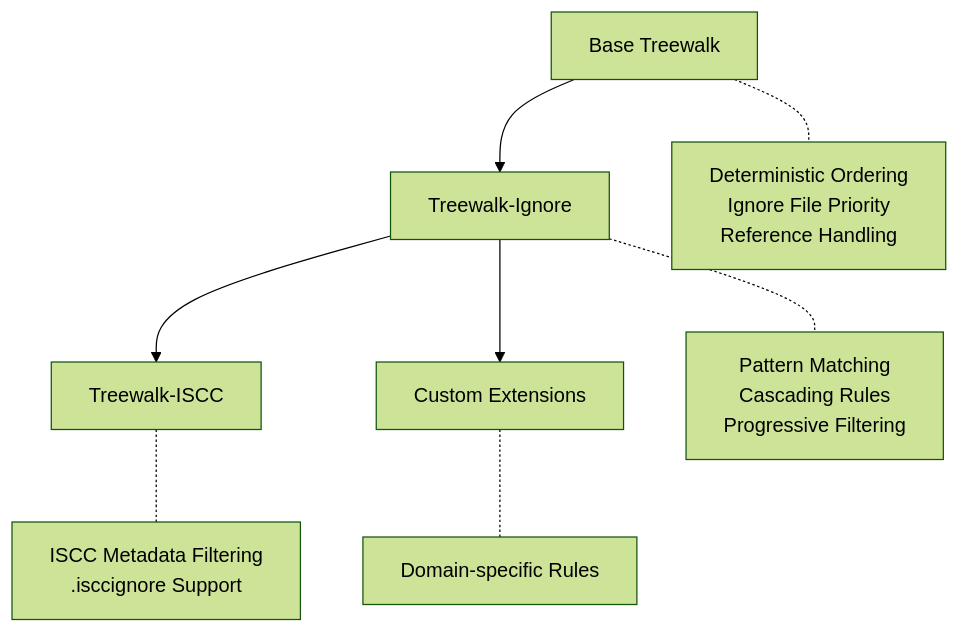
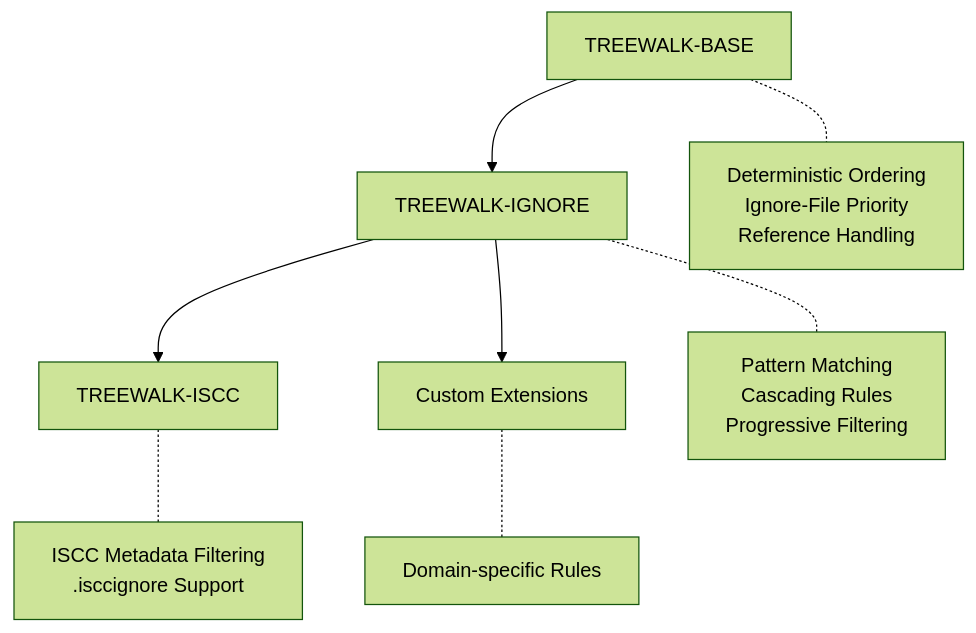
Before and after one commit to etzm/iscc-sum: the diagram in docs/specifications/treewalk.md, drawn with Mermaid (forest theme). The commit also changed other lines of this file and 10 other files, not shown here.

````diff
--- a/docs/specifications/treewalk.md
+++ b/docs/specifications/treewalk.md
@@ -120,11 +86,11 @@
 ```mermaid
 graph TD
-    A[Base Treewalk] --> B[Treewalk-Ignore]
-    B --> C[Treewalk-ISCC]
+    A[TREEWALK-BASE] --> B[TREEWALK-IGNORE]
+    B --> C[TREEWALK-ISCC]
     B --> D[Custom Extensions]
     
-    A -.- E[Deterministic Ordering<br/>Ignore File Priority<br/>Reference Handling]
+    A -.- E[Deterministic Ordering<br/>Ignore-File Priority<br/>Reference Handling]
     B -.- F[Pattern Matching<br/>Cascading Rules<br/>Progressive Filtering]
     C -.- G[ISCC Metadata Filtering<br/>.isccignore Support]
     D -.- H[Domain-specific Rules]
 ```
````
